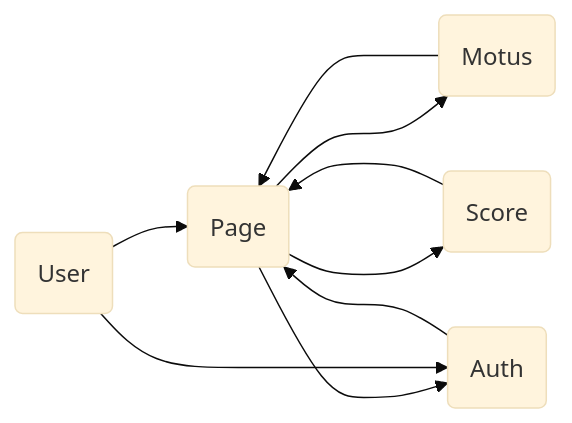
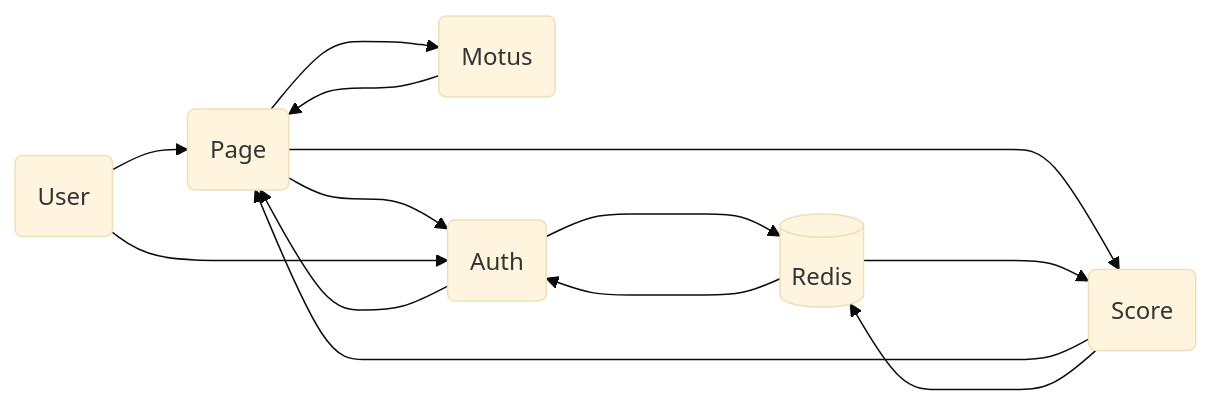
Before and after one commit to PMootz/Motus: the fourth of 4 diagrams in README.md, drawn with Mermaid (base theme). The commit also changed other lines of this file, not shown here.

````diff
--- a/README.md
+++ b/README.md
@@ -84,11 +85,15 @@
 ```mermaid
 flowchart LR
     A(User) -->B(Page)
     B(Page) --->C(Motus)
     C(Motus) -->B(Page)
     B(Page) --->D(Auth)
     D(Auth) -->B(Page)
     B(Page) --->E(Score)
     E(Score) --->B(Page)
     A(User) -->D(Auth)
+    F[(Redis)] ---->D(Auth)
+    D(Auth) ---->F[(Redis)]
+    F[(Redis)] ---->E(Score)
+    E(Score) ---->F[(Redis)]
 ```
````
